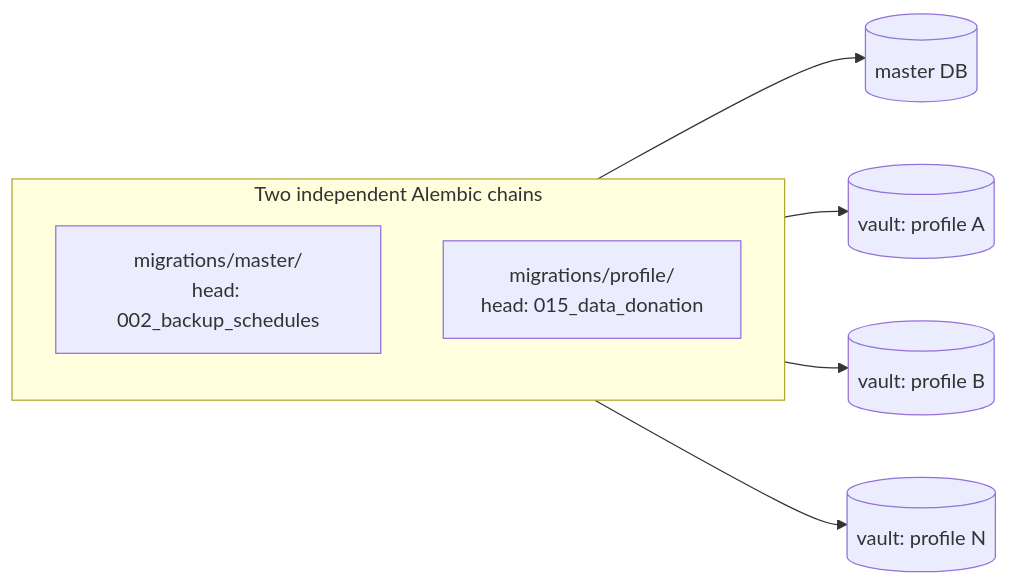
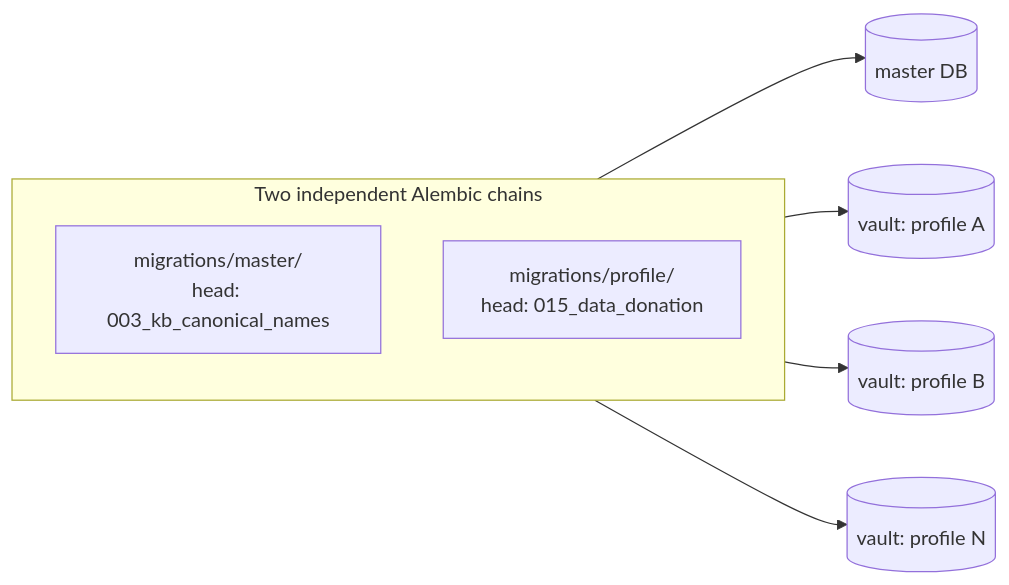
Before and after one commit to BrooklynD23/HealthCentral: the fourth of 4 diagrams in docs/architecture/backend.md, drawn with Mermaid. The commit also changed 12 other files, not shown here.

````diff
--- a/docs/architecture/backend.md
+++ b/docs/architecture/backend.md
@@ -145,13 +145,13 @@
 ```mermaid
 flowchart LR
     subgraph chains["Two independent Alembic chains"]
         direction TB
-        MM["migrations/master/<br/>head: 002_backup_schedules"]
+        MM["migrations/master/<br/>head: 003_kb_canonical_names"]
         PM["migrations/profile/<br/>head: 015_data_donation"]
     end
 
     MM --> MDB[("master DB")]
     PM --> P1[("vault: profile A")]
     PM --> P2[("vault: profile B")]
     PM --> P3[("vault: profile N")]
 ```
````
